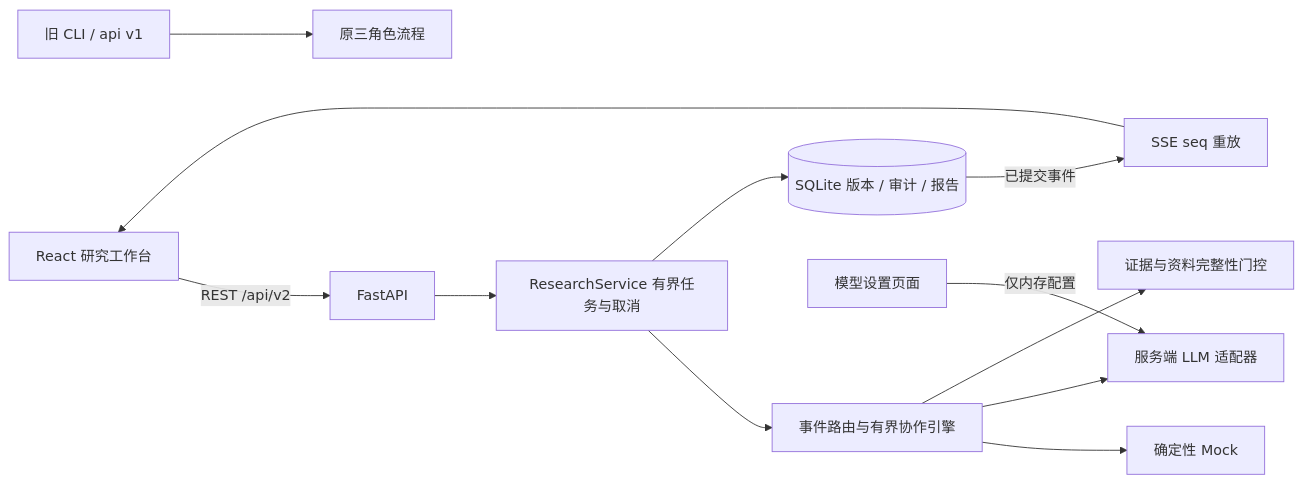
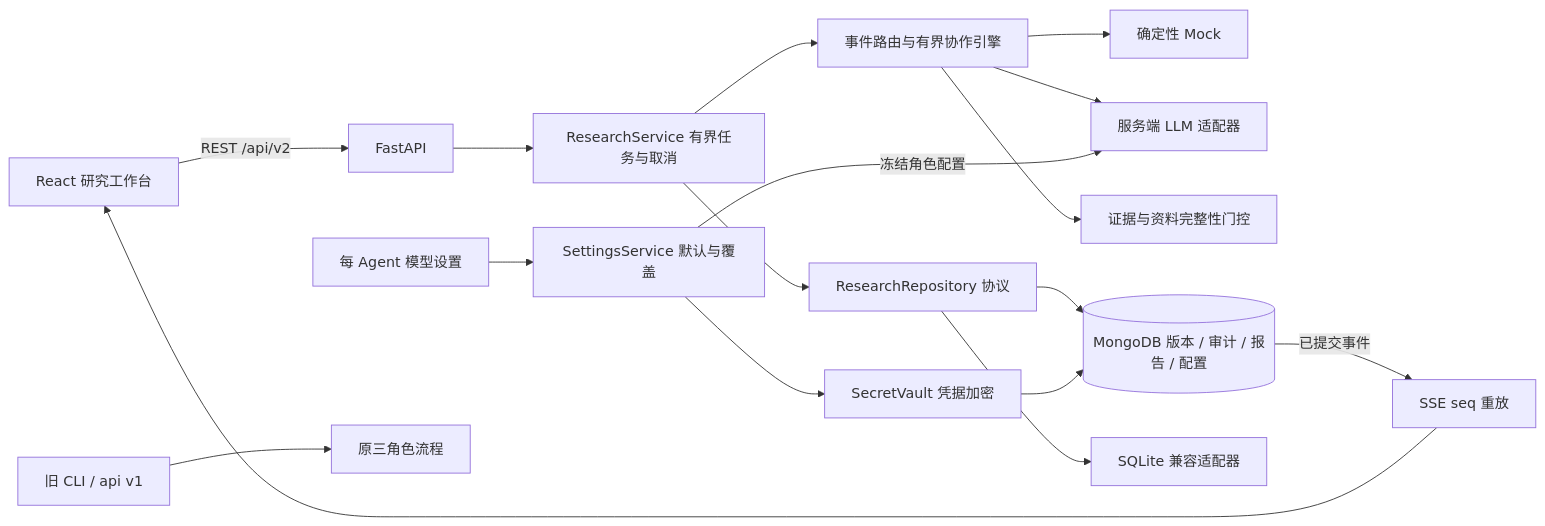
Before and after one commit to Echoessound/MDT-Lab: the diagram in docs/技术方案与开发计划.md, drawn with Mermaid. The commit also changed other lines of this file and 40 other files, not shown here.

Commit message:
Add MongoDB persistence and explainable per-agent configuration

````diff
--- a/docs/技术方案与开发计划.md
+++ b/docs/技术方案与开发计划.md
@@ -23,14 +23,19 @@
 ```mermaid
 flowchart LR
   UI[React 研究工作台] -->|REST /api/v2| API[FastAPI]
   API --> SERVICE[ResearchService 有界任务与取消]
   SERVICE --> ENGINE[事件路由与有界协作引擎]
   ENGINE --> MOCK[确定性 Mock]
   ENGINE --> LLM[服务端 LLM 适配器]
   ENGINE --> GATE[证据与资料完整性门控]
-  SERVICE --> DB[(SQLite 版本 / 审计 / 报告)]
+  SERVICE --> PORT[ResearchRepository 协议]
+  PORT --> DB[(MongoDB 版本 / 审计 / 报告 / 配置)]
+  PORT --> COMPAT[SQLite 兼容适配器]
   DB -->|已提交事件| SSE[SSE seq 重放]
   SSE --> UI
-  SETTINGS[模型设置页面] -->|仅内存配置| LLM
+  SETTINGS[每 Agent 模型设置] --> CONFIG[SettingsService 默认与覆盖]
+  CONFIG --> VAULT[SecretVault 凭据加密]
+  VAULT --> DB
+  CONFIG -->|冻结角色配置| LLM
   LEGACY[旧 CLI / api v1] --> OLD[原三角色流程]
 ```
````
